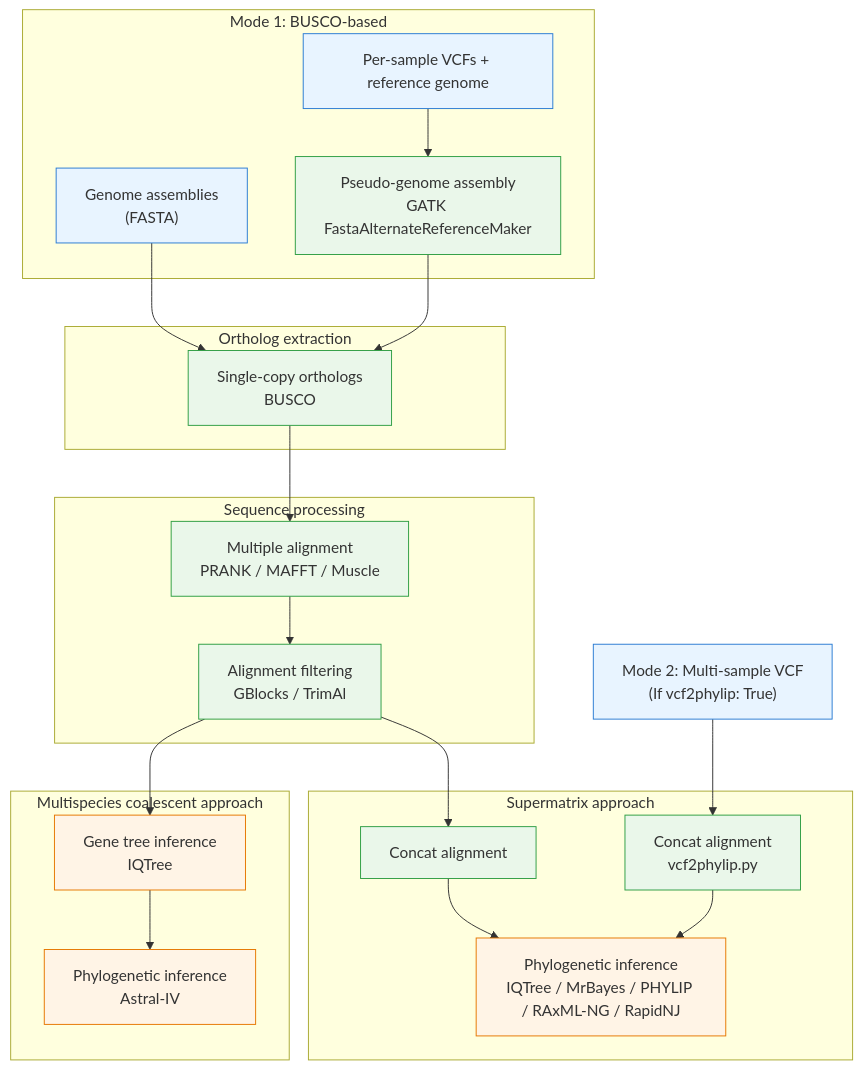
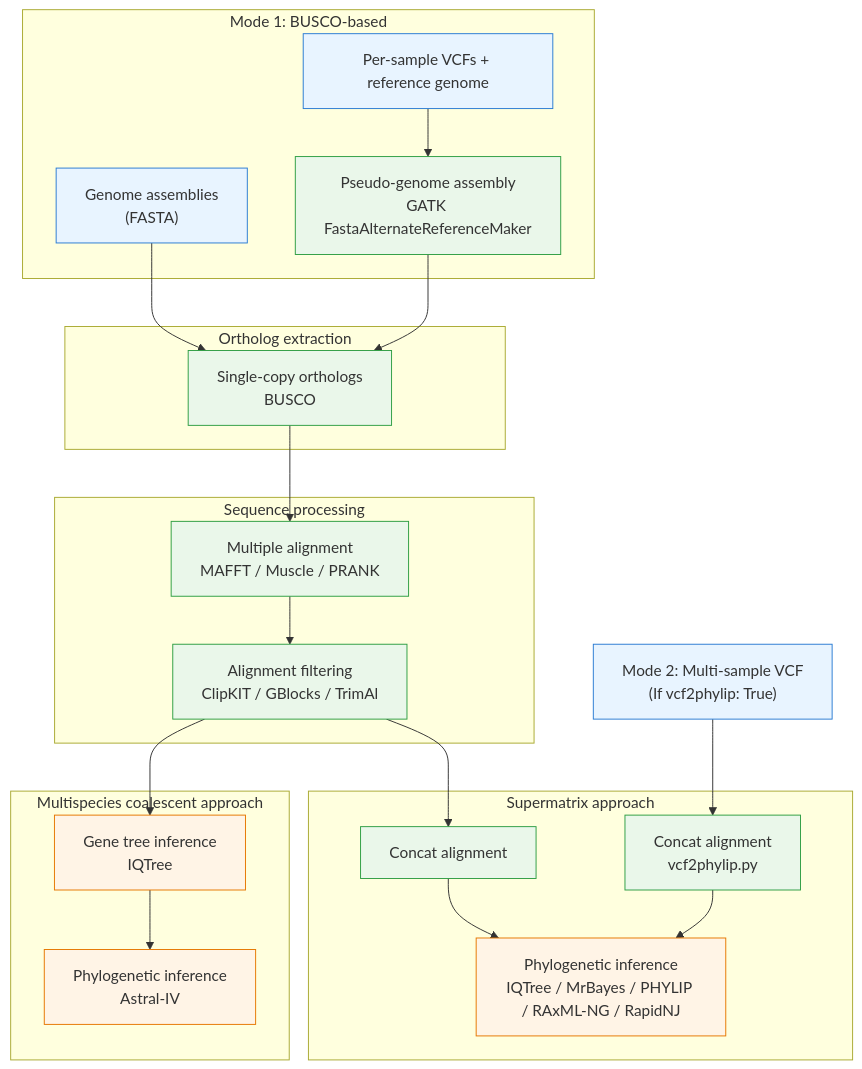
Before and after one commit to tomarovsky/BuscoClade: the diagram in README.md, drawn with Mermaid. The commit also changed other lines of this file and 3 other files, not shown here.

Commit message:
add ClipKIT support

````diff
--- a/README.md
+++ b/README.md
@@ -10,61 +10,61 @@
 ```mermaid
 flowchart TD
 
 %% ----- INPUT -----
 subgraph INPUT["Mode 1: BUSCO-based"]
 A_fa["Genome assemblies<br/>(FASTA)"]
 A_vcf["Per-sample VCFs + reference genome"]
 A_gatk["Pseudo-genome assembly<br/>GATK FastaAlternateReferenceMaker"]
 end
 
 %% ----- BUSCO -----
 subgraph BUSCO["Ortholog extraction"]
 B_busco["Single-copy orthologs<br/>BUSCO"]
 end
 
 %% ----- PREPROCESSING -----
 subgraph PREP["Sequence processing"]
-C_aln["Multiple alignment<br/>PRANK / MAFFT / Muscle"]
-C_flt["Alignment filtering<br/>GBlocks / TrimAl"]
+C_aln["Multiple alignment<br/>MAFFT / Muscle / PRANK"]
+C_flt["Alignment filtering<br/>ClipKIT / GBlocks / TrimAl"]
 end
 
 %% ----- TREE APPROACH -----
 subgraph TREE["Multispecies coalescent approach"]
 D_gt["Gene tree inference<br/>IQTree"]
 D_ast["Phylogenetic inference<br/>Astral-IV"]
 end
 
 %% ----- CONCAT -----
 subgraph CONCAT["Supermatrix approach"]
 E_cat["Concat alignment"]
 E_vcf["Concat alignment<br/>vcf2phylip.py"]
 E_phy["Phylogenetic inference<br/>IQTree / MrBayes / PHYLIP / RAxML-NG / RapidNJ"]
 end
 
 %% ----- MODE 2 -----
 M2["Mode 2: Multi-sample VCF<br/>(If vcf2phylip: True)"]
 
 %% ----- EDGES: MODE 1 -----
 A_fa --> B_busco
 A_vcf --> A_gatk
 A_gatk --> B_busco
 B_busco --> C_aln
 C_aln --> C_flt
 C_flt --> D_gt
 D_gt --> D_ast
 C_flt --> E_cat
 E_cat --> E_phy
 
 %% ----- EDGES: MODE 2 -----
 M2 --> E_vcf
 E_vcf --> E_phy
 
 %% ----- STYLE -----
 classDef input fill:#e8f4ff,stroke:#2b7cd3,stroke-width:1px
 classDef process fill:#eaf7ea,stroke:#2f9e44,stroke-width:1px
 classDef phylo fill:#fff4e6,stroke:#e67700,stroke-width:1px
 
 class A_fa,A_vcf,M2 input
 class A_gatk,B_busco,C_aln,C_flt,E_cat,E_vcf process
 class D_gt,D_ast,E_phy phylo
 ```
````
